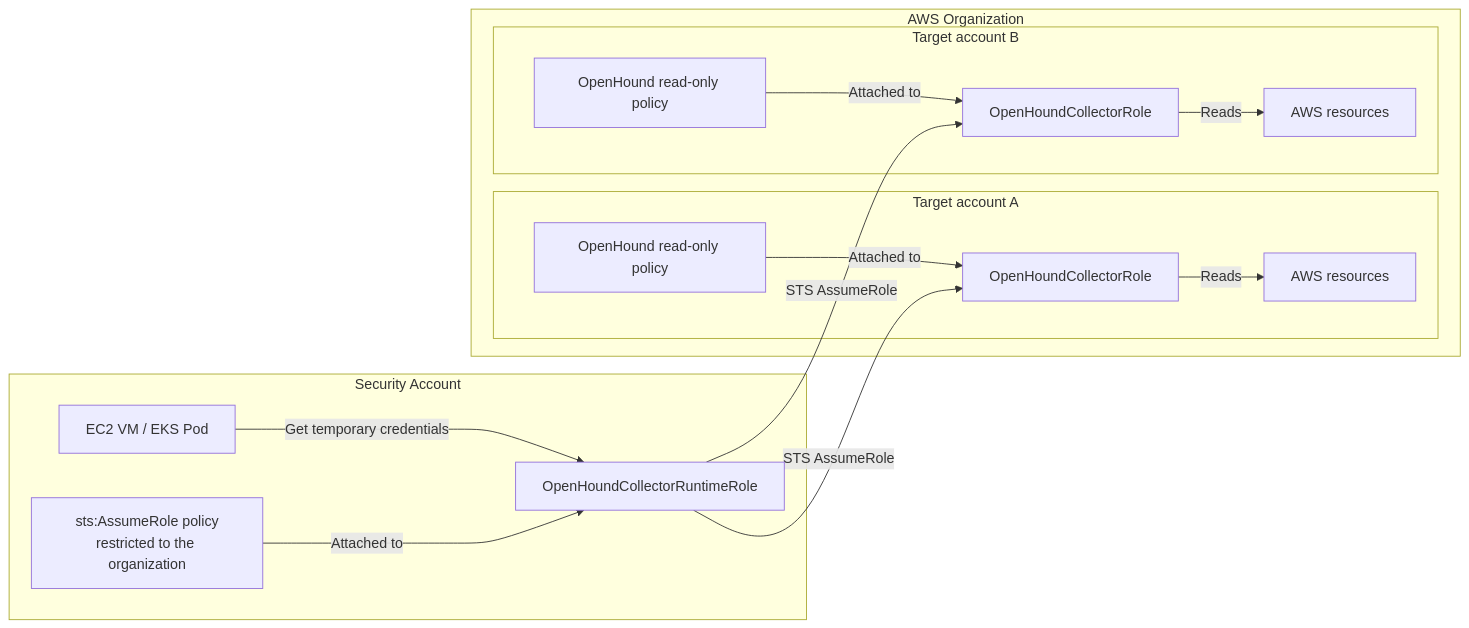
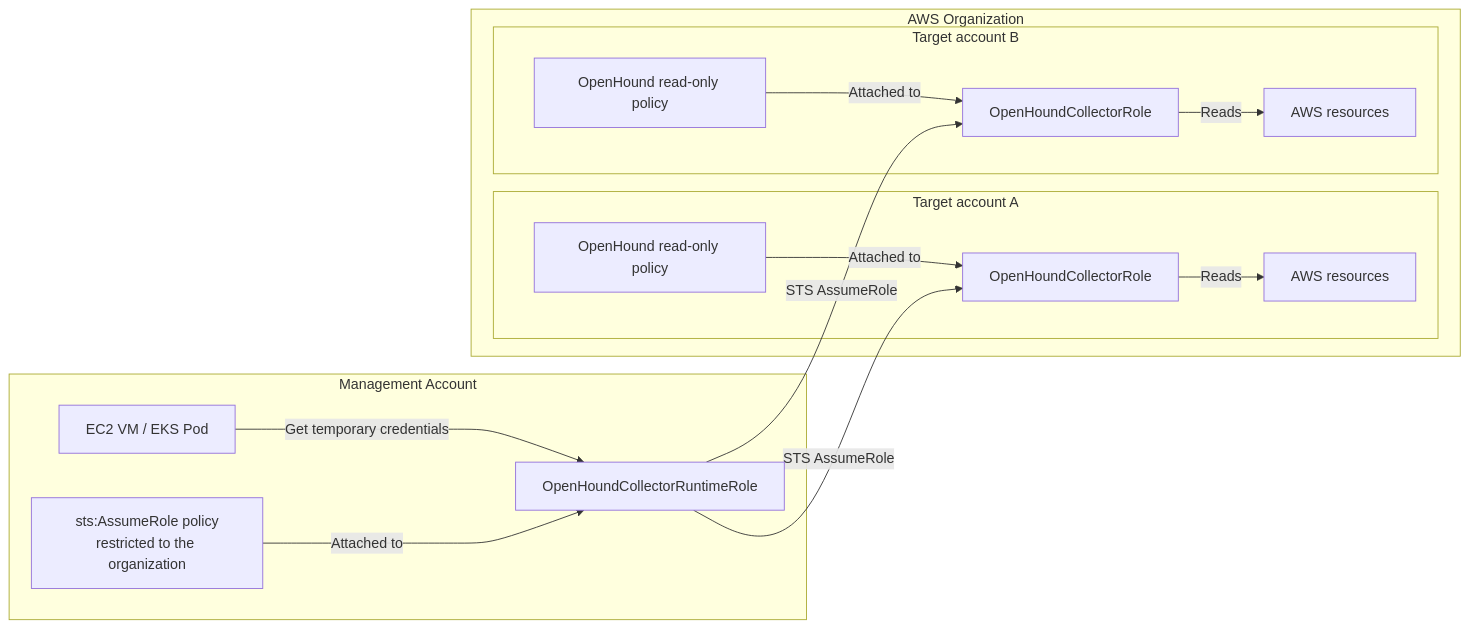
Before and after one commit to SpecterOps/bloodhound-docs: the fourth of 4 diagrams in docs/openhound/collectors/aws/configure-permissions.mdx, drawn with Mermaid. The commit also changed other lines of this file and 2 other files, not shown here.

Commit message:
chore: apply suggestions from CR review

````diff
--- a/docs/openhound/collectors/aws/configure-permissions.mdx
+++ b/docs/openhound/collectors/aws/configure-permissions.mdx
@@ -120,32 +120,32 @@
     ```mermaid
     flowchart LR
-      subgraph SecurityAccount["Security Account"]
+      subgraph SecurityAccount["Management Account"]
           Workload["EC2 VM / EKS Pod"]
           RuntimeRole["OpenHoundCollectorRuntimeRole"]
           AssumePolicy["sts:AssumeRole policy<br/>restricted to the organization"]
 
           Workload -->|"Get temporary credentials"| RuntimeRole
           AssumePolicy -->|"Attached to"| RuntimeRole
       end
 
       subgraph Organization["AWS Organization"]
           subgraph AccountA["Target account A"]
               RoleA["OpenHoundCollectorRole"]
               PolicyA["OpenHound read-only policy"]
               ResourcesA["AWS resources"]
               PolicyA -->|"Attached to"| RoleA
               RoleA -->|"Reads"| ResourcesA
           end
 
           subgraph AccountB["Target account B"]
               RoleB["OpenHoundCollectorRole"]
               PolicyB["OpenHound read-only policy"]
               ResourcesB["AWS resources"]
               PolicyB -->|"Attached to"| RoleB
               RoleB -->|"Reads"| ResourcesB
           end
       end
 
       RuntimeRole -->|"STS AssumeRole"| RoleA
       RuntimeRole -->|"STS AssumeRole"| RoleB
     ```
````
